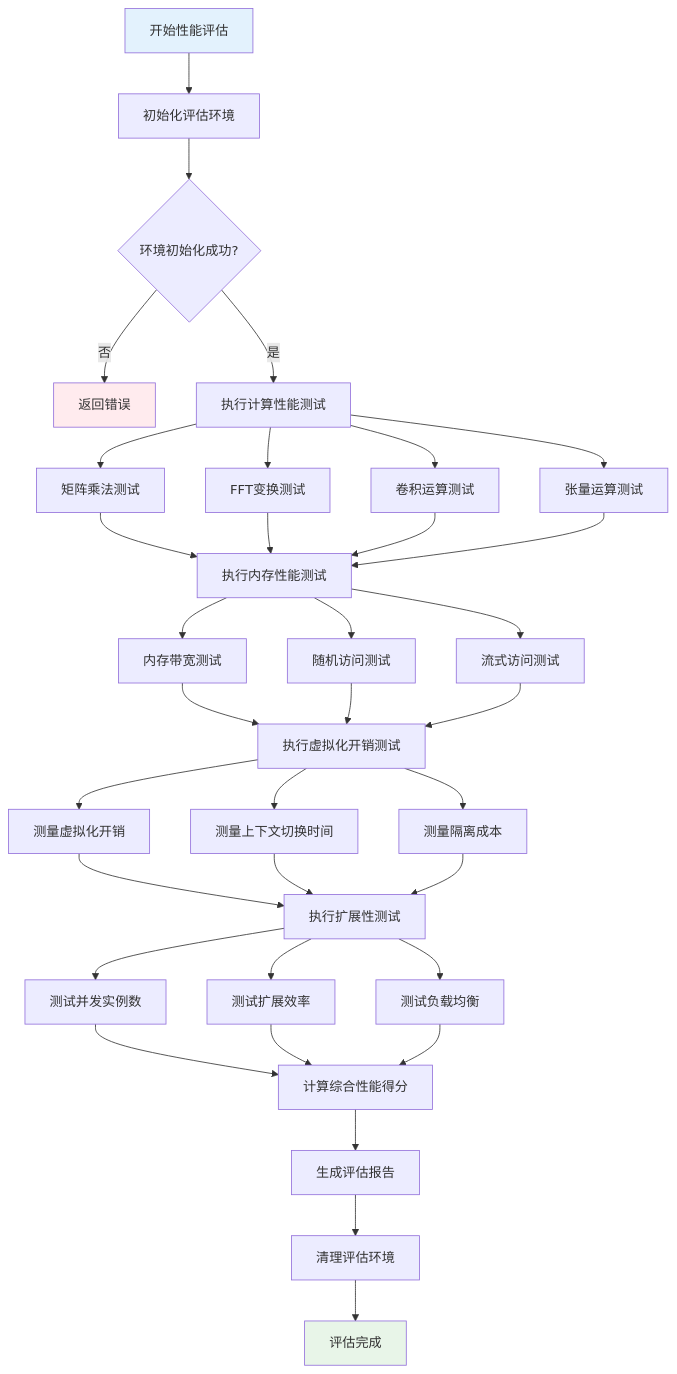
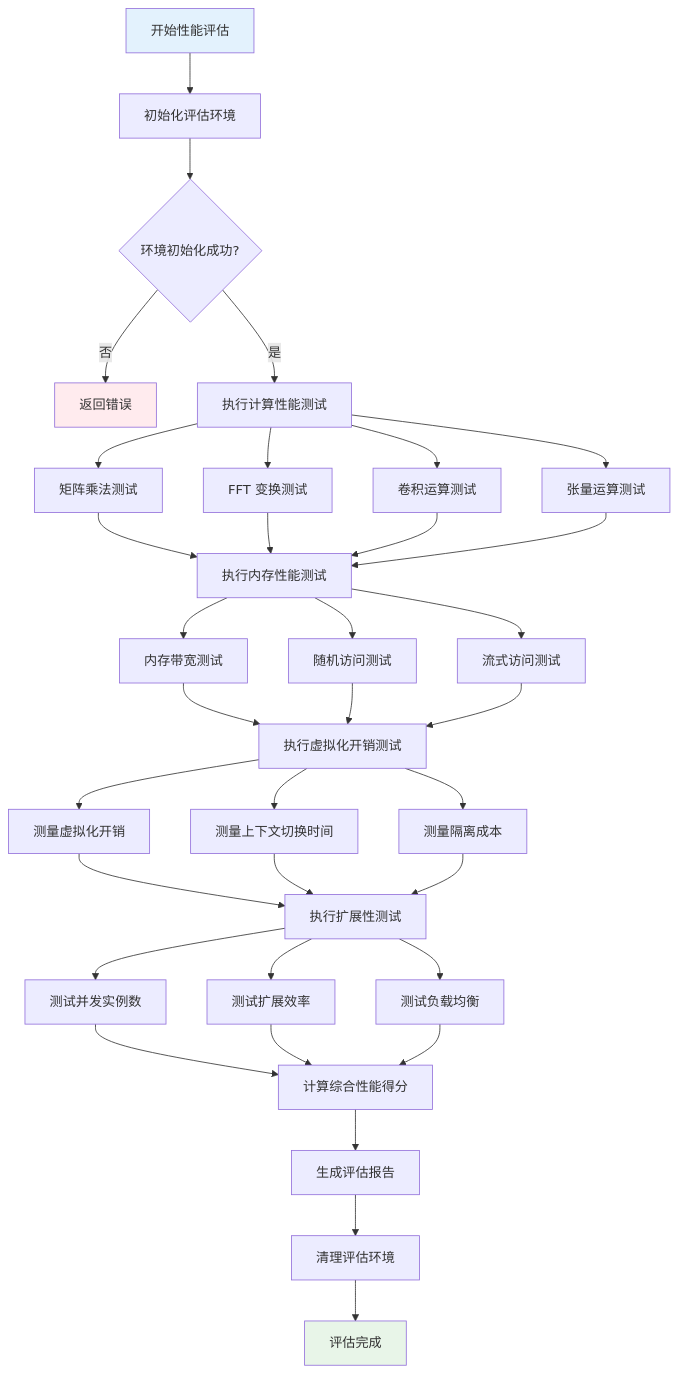
Before and after one commit to ForceInjection/AI-fundamentals: the second of 3 diagrams in gpu_manager/第一部分：基础理论篇.md, drawn with Mermaid. The commit also changed other lines of this file and 4 other files, not shown here.

````diff
--- a/gpu_manager/第一部分：基础理论篇.md
+++ b/gpu_manager/第一部分：基础理论篇.md
@@ -819,49 +878,49 @@
 ```mermaid
 flowchart TD
     A[开始性能评估] --> B[初始化评估环境]
     B --> C{环境初始化成功?}
     C -->|否| D[返回错误]
     C -->|是| E[执行计算性能测试]
     
     E --> E1[矩阵乘法测试]
-    E --> E2[FFT变换测试]
+    E --> E2[FFT 变换测试]
     E --> E3[卷积运算测试]
     E --> E4[张量运算测试]
     
     E1 --> F[执行内存性能测试]
     E2 --> F
     E3 --> F
     E4 --> F
     
     F --> F1[内存带宽测试]
     F --> F2[随机访问测试]
     F --> F3[流式访问测试]
     
     F1 --> G[执行虚拟化开销测试]
     F2 --> G
     F3 --> G
     
     G --> G1[测量虚拟化开销]
     G --> G2[测量上下文切换时间]
     G --> G3[测量隔离成本]
     
     G1 --> H[执行扩展性测试]
     G2 --> H
     G3 --> H
     
     H --> H1[测试并发实例数]
     H --> H2[测试扩展效率]
     H --> H3[测试负载均衡]
     
     H1 --> I[计算综合性能得分]
     H2 --> I
     H3 --> I
     
     I --> J[生成评估报告]
     J --> K[清理评估环境]
     K --> L[评估完成]
     
     style A fill:#e3f2fd
     style L fill:#e8f5e8
     style D fill:#ffebee
 ```
````
